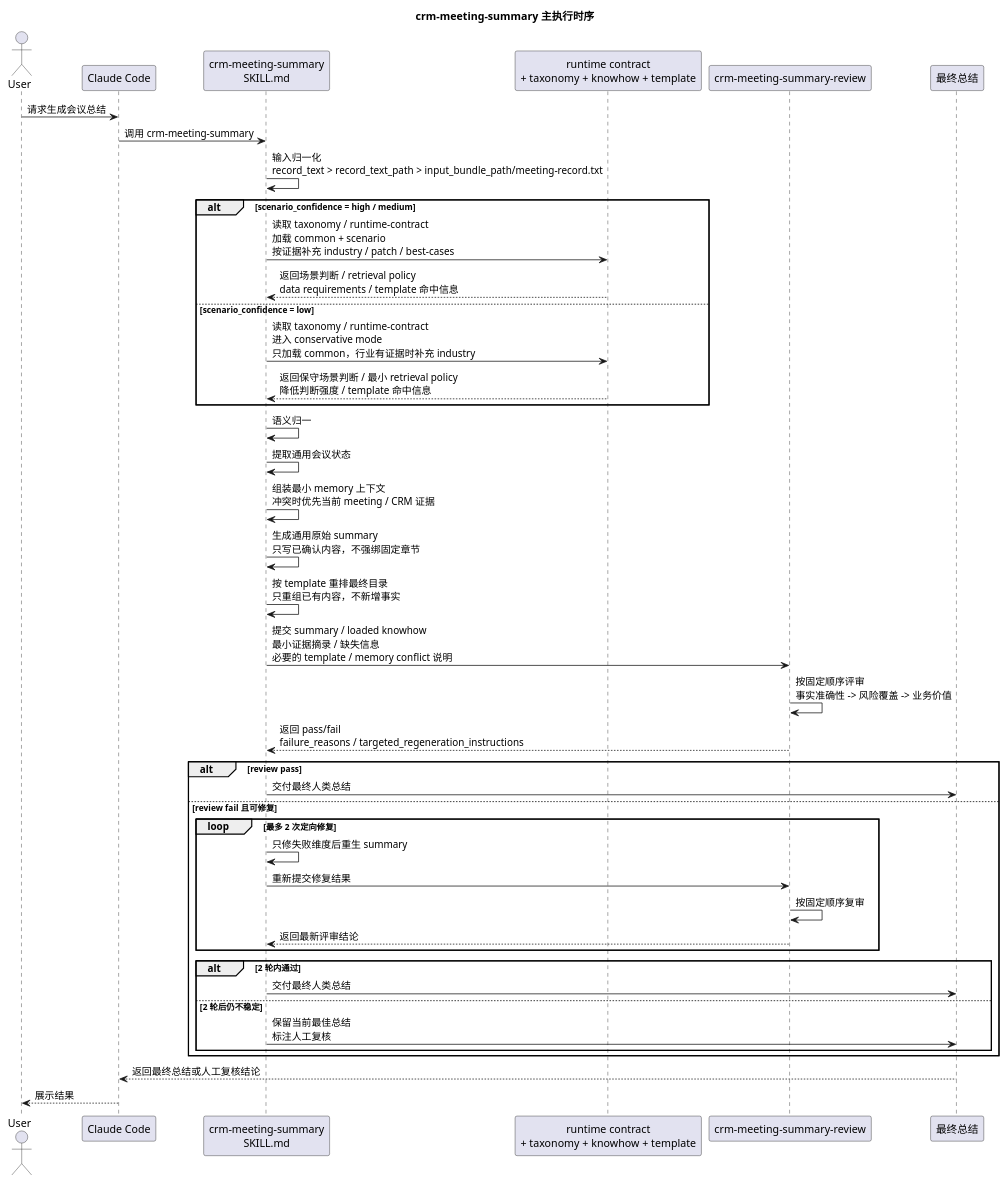
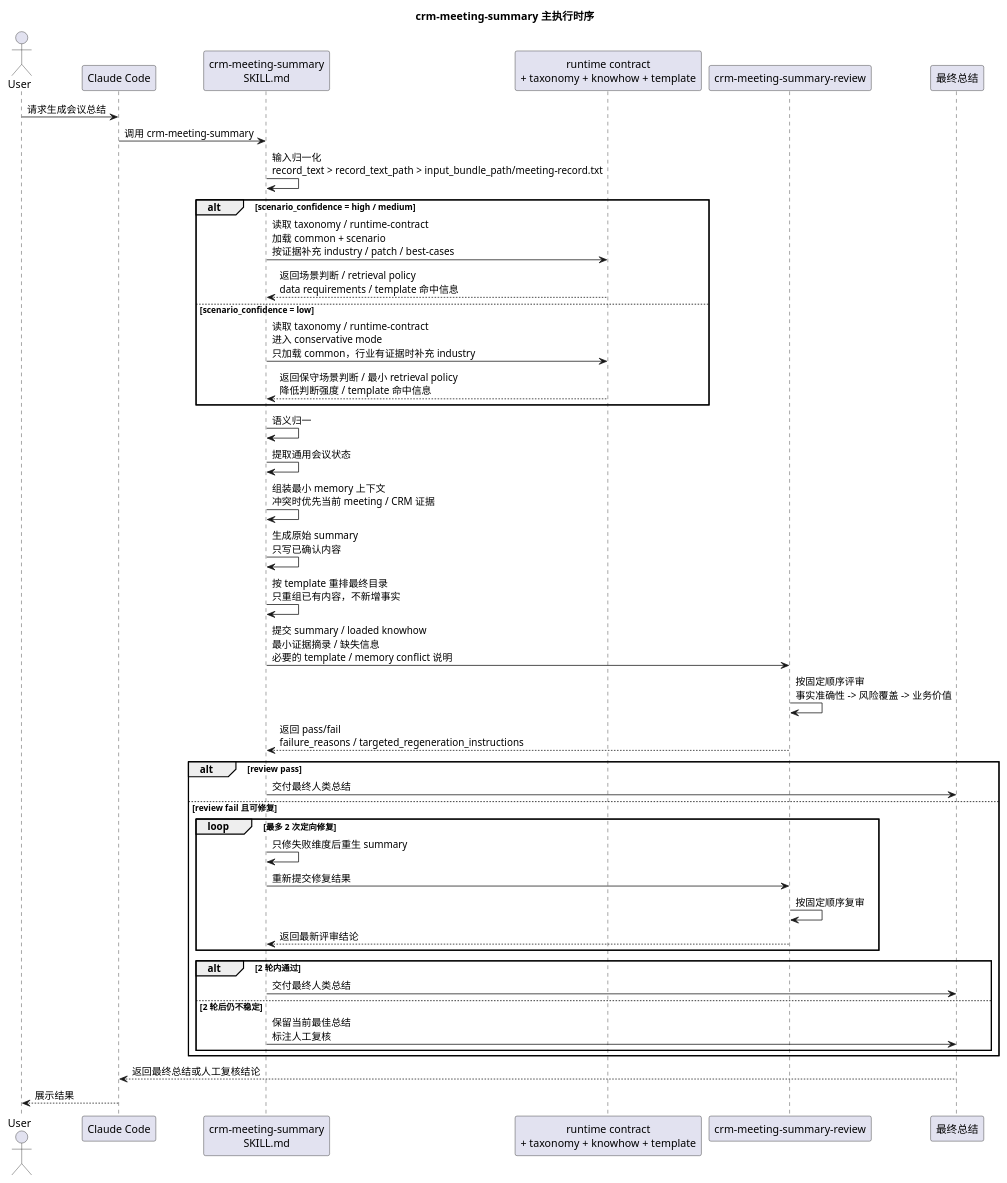
The second of 2 diagrams in docs/crm-meeting-summary/visual-diagrams.md (zhaopx/crm-meeting-summary-skill), drawn with PlantUML before and after one commit. The commit also changed other lines of this file and 5 other files, not shown here.

````diff
--- a/docs/crm-meeting-summary/visual-diagrams.md
+++ b/docs/crm-meeting-summary/visual-diagrams.md
@@ -63,52 +62,52 @@
 ```plantuml
 @startuml
 title crm-meeting-summary 主执行时序
 
 actor User
 participant "Claude Code" as Claude
 participant "crm-meeting-summary\nSKILL.md" as Skill
 participant "runtime contract\n+ taxonomy + knowhow + template" as Knowledge
 participant "crm-meeting-summary-review" as Review
 participant "最终总结" as Output
 
 User -> Claude: 请求生成会议总结
 Claude -> Skill: 调用 crm-meeting-summary
 Skill -> Skill: 输入归一化\nrecord_text > record_text_path > input_bundle_path/meeting-record.txt
 
 alt scenario_confidence = high / medium
   Skill -> Knowledge: 读取 taxonomy / runtime-contract\n加载 common + scenario\n按证据补充 industry / patch / best-cases
   Knowledge --> Skill: 返回场景判断 / retrieval policy\ndata requirements / template 命中信息
 else scenario_confidence = low
   Skill -> Knowledge: 读取 taxonomy / runtime-contract\n进入 conservative mode\n只加载 common，行业有证据时补充 industry
   Knowledge --> Skill: 返回保守场景判断 / 最小 retrieval policy\n降低判断强度 / template 命中信息
 end
 
 Skill -> Skill: 语义归一
 Skill -> Skill: 提取通用会议状态
 Skill -> Skill: 组装最小 memory 上下文\n冲突时优先当前 meeting / CRM 证据
-Skill -> Skill: 生成通用原始 summary\n只写已确认内容，不强绑固定章节
+Skill -> Skill: 生成原始 summary\n只写已确认内容
 Skill -> Skill: 按 template 重排最终目录\n只重组已有内容，不新增事实
 Skill -> Review: 提交 summary / loaded knowhow\n最小证据摘录 / 缺失信息\n必要的 template / memory conflict 说明
 Review -> Review: 按固定顺序评审\n事实准确性 -> 风险覆盖 -> 业务价值
 Review --> Skill: 返回 pass/fail\nfailure_reasons / targeted_regeneration_instructions
 
 alt review pass
   Skill -> Output: 交付最终人类总结
 else review fail 且可修复
   loop 最多 2 次定向修复
     Skill -> Skill: 只修失败维度后重生 summary
     Skill -> Review: 重新提交修复结果
     Review -> Review: 按固定顺序复审
     Review --> Skill: 返回最新评审结论
   end
   alt 2 轮内通过
     Skill -> Output: 交付最终人类总结
   else 2 轮后仍不稳定
     Skill -> Output: 保留当前最佳总结\n标注人工复核
   end
 end
 
 Output --> Claude: 返回最终总结或人工复核结论
 Claude --> User: 展示结果
 @enduml
 ```
````
